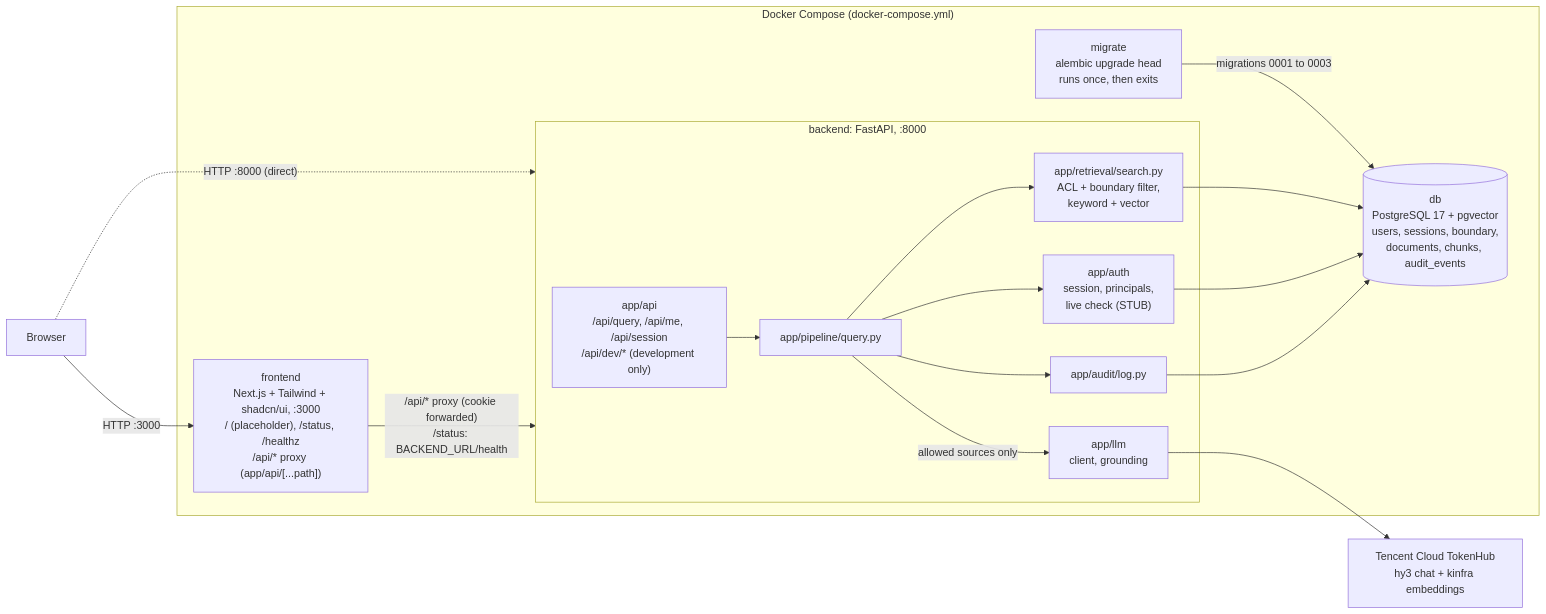
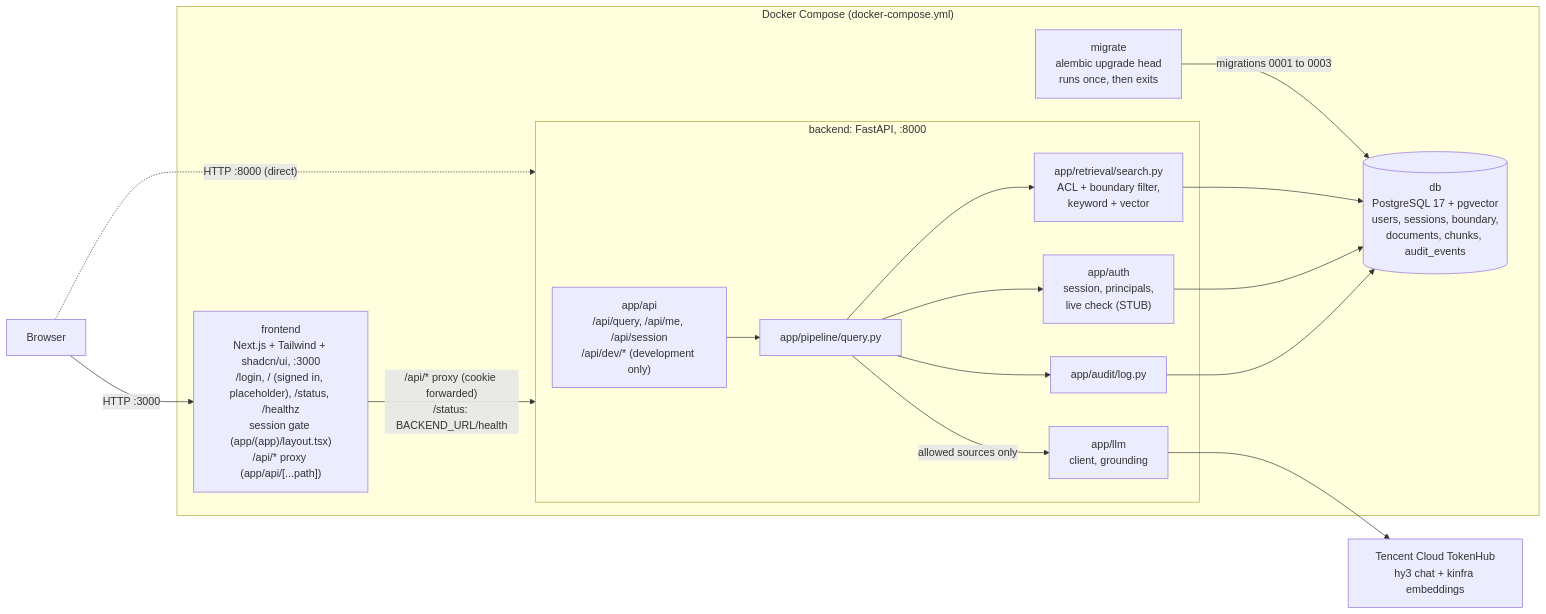
One commit to gabriel-wan/tencent-hackathon-fintech changed the diagram in docs/architecture/CURRENT.md. Above: the diagram before and after it, drawn with Mermaid. The commit also changed 1 other file, not shown here.

Commit message:
docs(frontend): document sign-in in development
The session gate, /login and its error allowlist, sign-out, and the
development-only persona switcher (how it is detected, and that it
disappears with APP_ENV=production).

````diff
--- a/docs/architecture/CURRENT.md
+++ b/docs/architecture/CURRENT.md
@@ -8,33 +8,33 @@
 ```mermaid
 flowchart LR
     USER["Browser"]
     TH["Tencent Cloud TokenHub<br/>hy3 chat + kinfra embeddings"]
 
     subgraph COMPOSE["Docker Compose (docker-compose.yml)"]
-        FE["frontend<br/>Next.js + Tailwind + shadcn/ui, :3000<br/>/ (placeholder), /status, /healthz<br/>/api/* proxy (app/api/[...path])"]
+        FE["frontend<br/>Next.js + Tailwind + shadcn/ui, :3000<br/>/login, / (signed in, placeholder), /status, /healthz<br/>session gate (app/(app)/layout.tsx)<br/>/api/* proxy (app/api/[...path])"]
         subgraph BE["backend: FastAPI, :8000"]
             API["app/api<br/>/api/query, /api/me, /api/session<br/>/api/dev/* (development only)"]
             PIPE["app/pipeline/query.py"]
             AUTH["app/auth<br/>session, principals,<br/>live check (STUB)"]
             SEARCH["app/retrieval/search.py<br/>ACL + boundary filter,<br/>keyword + vector"]
             LLMC["app/llm<br/>client, grounding"]
             AUD["app/audit/log.py"]
         end
         MIG["migrate<br/>alembic upgrade head<br/>runs once, then exits"]
         DB[("db<br/>PostgreSQL 17 + pgvector<br/>users, sessions, boundary,<br/>documents, chunks, audit_events")]
     end
 
     MIG -->|"migrations 0001 to 0003"| DB
     USER -->|"HTTP :3000"| FE
     USER -.->|"HTTP :8000 (direct)"| BE
     FE -->|"/api/* proxy (cookie forwarded)<br/>/status: BACKEND_URL/health"| BE
     API --> PIPE
     PIPE --> AUTH
     PIPE --> SEARCH
     PIPE -->|"allowed sources only"| LLMC
     PIPE --> AUD
     SEARCH --> DB
     AUTH --> DB
     AUD --> DB
     LLMC --> TH
 ```
````
